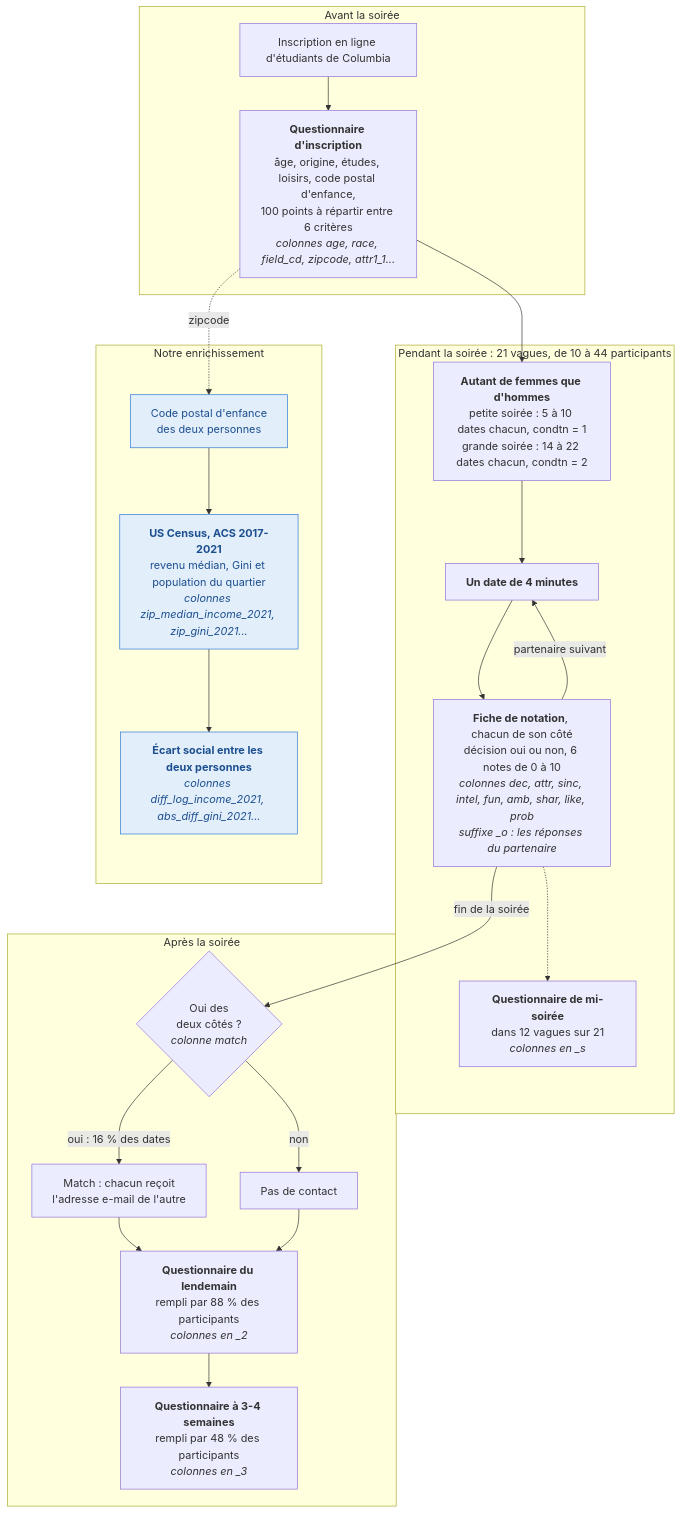
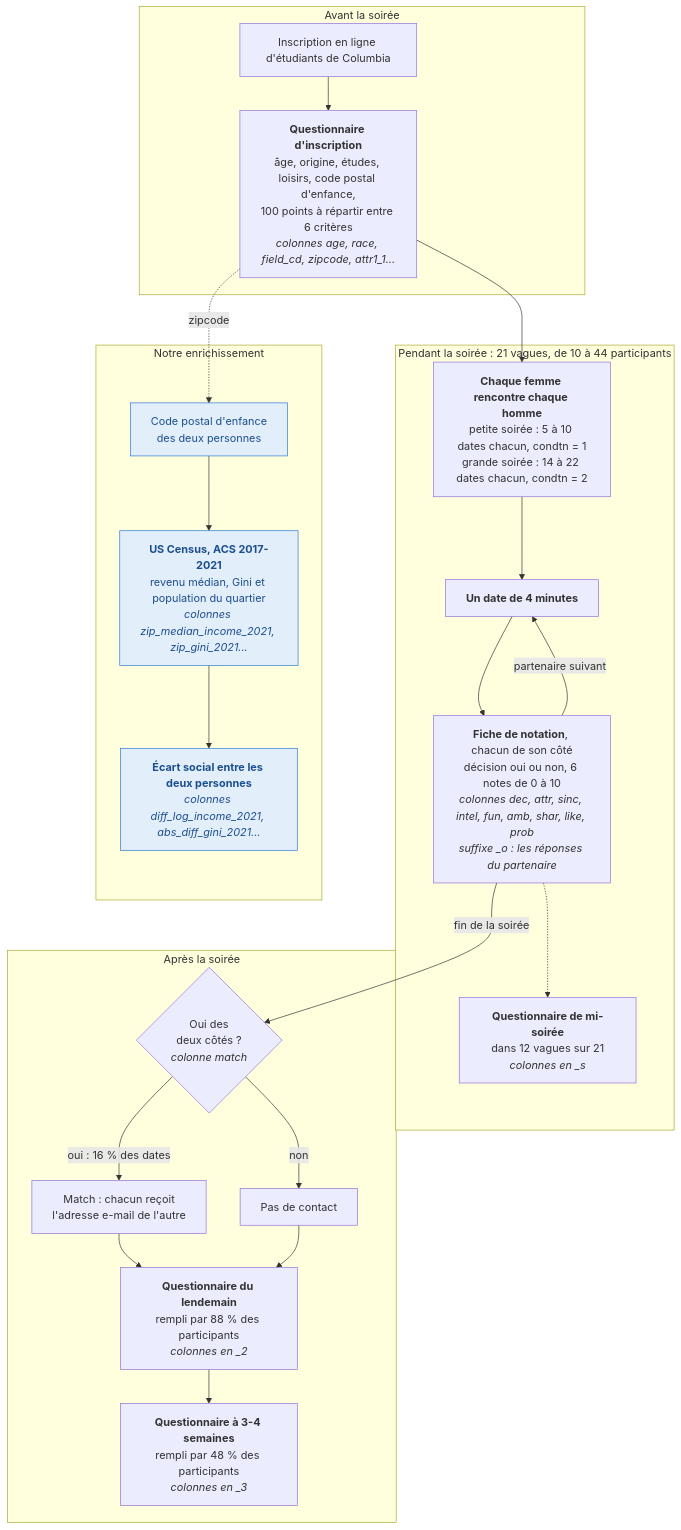
The diagram in exploration.md (pierridotite/mate-choice-social-reproduction), drawn with Mermaid before and after one commit. The commit also changed other lines of this file and 10 other files, not shown here.

````diff
--- a/exploration.md
+++ b/exploration.md
@@ -11,34 +11,34 @@
 ```mermaid
 flowchart TD
     subgraph AVANT["Avant la soirée"]
         A["Inscription en ligne d'étudiants de Columbia"] --> B["<b>Questionnaire d'inscription</b><br/>âge, origine, études, loisirs, code postal d'enfance,<br/>100 points à répartir entre 6 critères<br/><i>colonnes age, race, field_cd, zipcode, attr1_1...</i>"]
     end
 
     subgraph SOIREE["Pendant la soirée : 21 vagues, de 10 à 44 participants"]
-        C["<b>Autant de femmes que d'hommes</b><br/>petite soirée : 5 à 10 dates chacun, condtn = 1<br/>grande soirée : 14 à 22 dates chacun, condtn = 2"] --> D["<b>Un date de 4 minutes</b>"]
+        C["<b>Chaque femme rencontre chaque homme</b><br/>petite soirée : 5 à 10 dates chacun, condtn = 1<br/>grande soirée : 14 à 22 dates chacun, condtn = 2"] --> D["<b>Un date de 4 minutes</b>"]
         D --> E["<b>Fiche de notation</b>, chacun de son côté<br/>décision oui ou non, 6 notes de 0 à 10<br/><i>colonnes dec, attr, sinc, intel, fun, amb, shar, like, prob</i><br/><i>suffixe _o : les réponses du partenaire</i>"]
         E -->|"partenaire suivant"| D
         E -.-> F["<b>Questionnaire de mi-soirée</b><br/>dans 12 vagues sur 21<br/><i>colonnes en _s</i>"]
     end
 
     subgraph APRES["Après la soirée"]
         G{"Oui des<br/>deux côtés ?<br/><i>colonne match</i>"}
         G -->|"oui : 16 % des dates"| H["Match : chacun reçoit<br/>l'adresse e-mail de l'autre"]
         G -->|"non"| I["Pas de contact"]
         H --> J["<b>Questionnaire du lendemain</b><br/>rempli par 88 % des participants<br/><i>colonnes en _2</i>"]
         I --> J
         J --> K["<b>Questionnaire à 3-4 semaines</b><br/>rempli par 48 % des participants<br/><i>colonnes en _3</i>"]
     end
 
     subgraph NOUS["Notre enrichissement"]
         L["Code postal d'enfance<br/>des deux personnes"] --> M["<b>US Census, ACS 2017-2021</b><br/>revenu médian, Gini et population du quartier<br/><i>colonnes zip_median_income_2021, zip_gini_2021...</i>"]
         M --> N["<b>Écart social entre les deux personnes</b><br/><i>colonnes diff_log_income_2021, abs_diff_gini_2021...</i>"]
     end
 
     B --> C
     E -->|"fin de la soirée"| G
     B -.->|"zipcode"| L
 
     classDef ajout fill:#e3eefb,stroke:#2a78d6,color:#1b4f8f
     class L,M,N ajout
 ```
````
